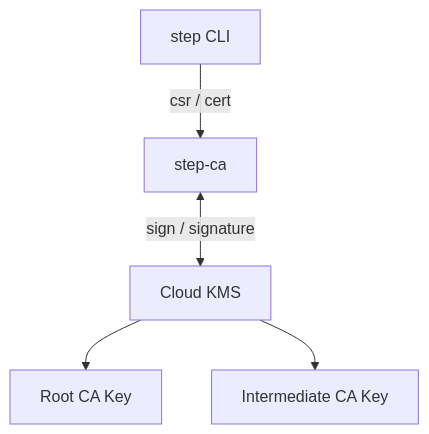
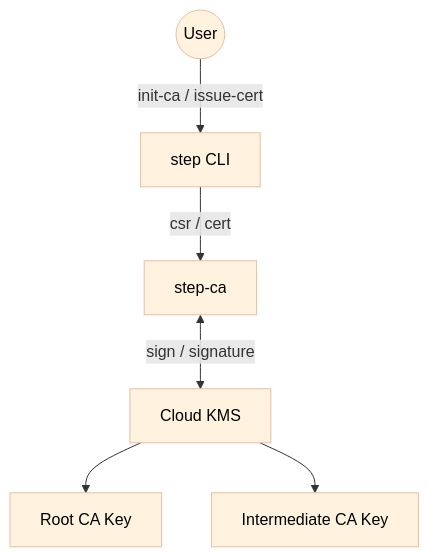
Before and after one commit to hshimoji/step-ca-tutorial: the first of 2 diagrams in tutorial-04/README.md, drawn with Mermaid. The commit also changed other lines of this file and 1 other file, not shown here.

Commit message:
Update README.md fiels

````diff
--- a/tutorial-04/README.md
+++ b/tutorial-04/README.md
@@ -30,13 +30,23 @@
 ```mermaid
+%%{init: {"themeVariables":{"nodeBkg":"#fff3e0","nodeTextColor":"#000","edgeColor":"#e6bfa0"}}}%%
 graph TD
+    User((User))
     Client[step CLI]
     CA[step-ca]
     KMS[Cloud KMS]
     RootKey[Root CA Key]
     IntKey[Intermediate CA Key]
 
+    style User fill:#fff3e0,stroke:#e6bfa0,stroke-width:1px,color:#000
+    style Client fill:#fff3e0,stroke:#e6bfa0,stroke-width:1px,color:#000
+    style CA fill:#fff3e0,stroke:#e6bfa0,stroke-width:1px,color:#000
+    style KMS fill:#fff3e0,stroke:#e6bfa0,stroke-width:1px,color:#000
+    style RootKey fill:#fff3e0,stroke:#e6bfa0,stroke-width:1px,color:#000
+    style IntKey fill:#fff3e0,stroke:#e6bfa0,stroke-width:1px,color:#000
+
+    User -->|init-ca / issue-cert| Client
     Client -->|csr / cert| CA
     CA <-->|sign / signature| KMS
     KMS --> RootKey
     KMS --> IntKey
 ```
````
